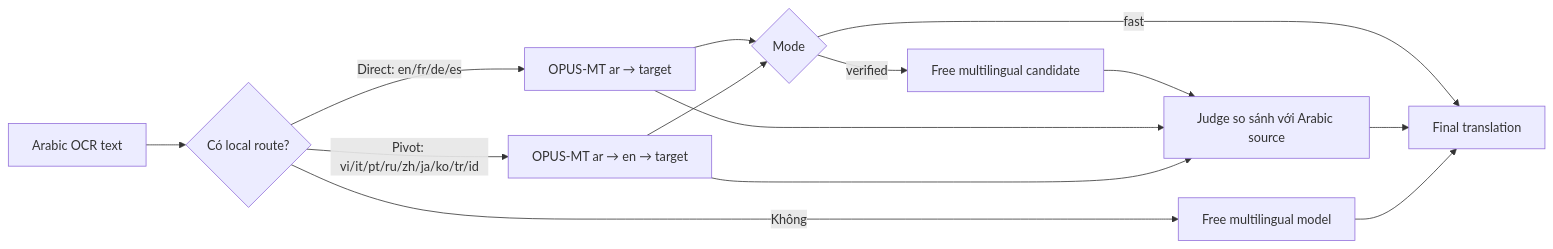
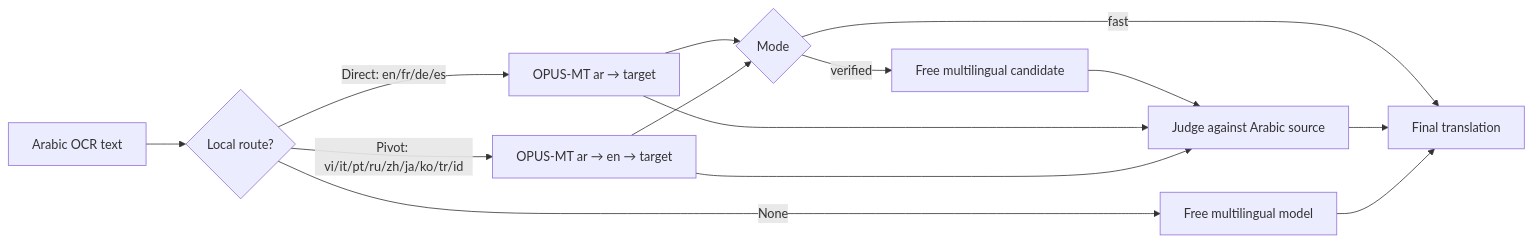
Before and after one commit to amoguscbd6969/arabic-ocr-tool: the second of 2 diagrams in README.md, drawn with Mermaid. The commit also changed other lines of this file and 2 other files, not shown here.

Commit message:
Adding multilingual README

````diff
--- a/README.md
+++ b/README.md
@@ -371,16 +324,16 @@
 ```mermaid
 flowchart LR
-    A[Arabic OCR text] --> B{Có local route?}
+    A[Arabic OCR text] --> B{Local route?}
     B -->|Direct: en/fr/de/es| C[OPUS-MT ar → target]
     B -->|Pivot: vi/it/pt/ru/zh/ja/ko/tr/id| D[OPUS-MT ar → en → target]
-    B -->|Không| E[Free multilingual model]
+    B -->|None| E[Free multilingual model]
     C --> F{Mode}
     D --> F
     F -->|fast| G[Final translation]
     F -->|verified| H[Free multilingual candidate]
-    H --> I[Judge so sánh với Arabic source]
+    H --> I[Judge against Arabic source]
     C --> I
     D --> I
     I --> G
     E --> G
 ```
````
